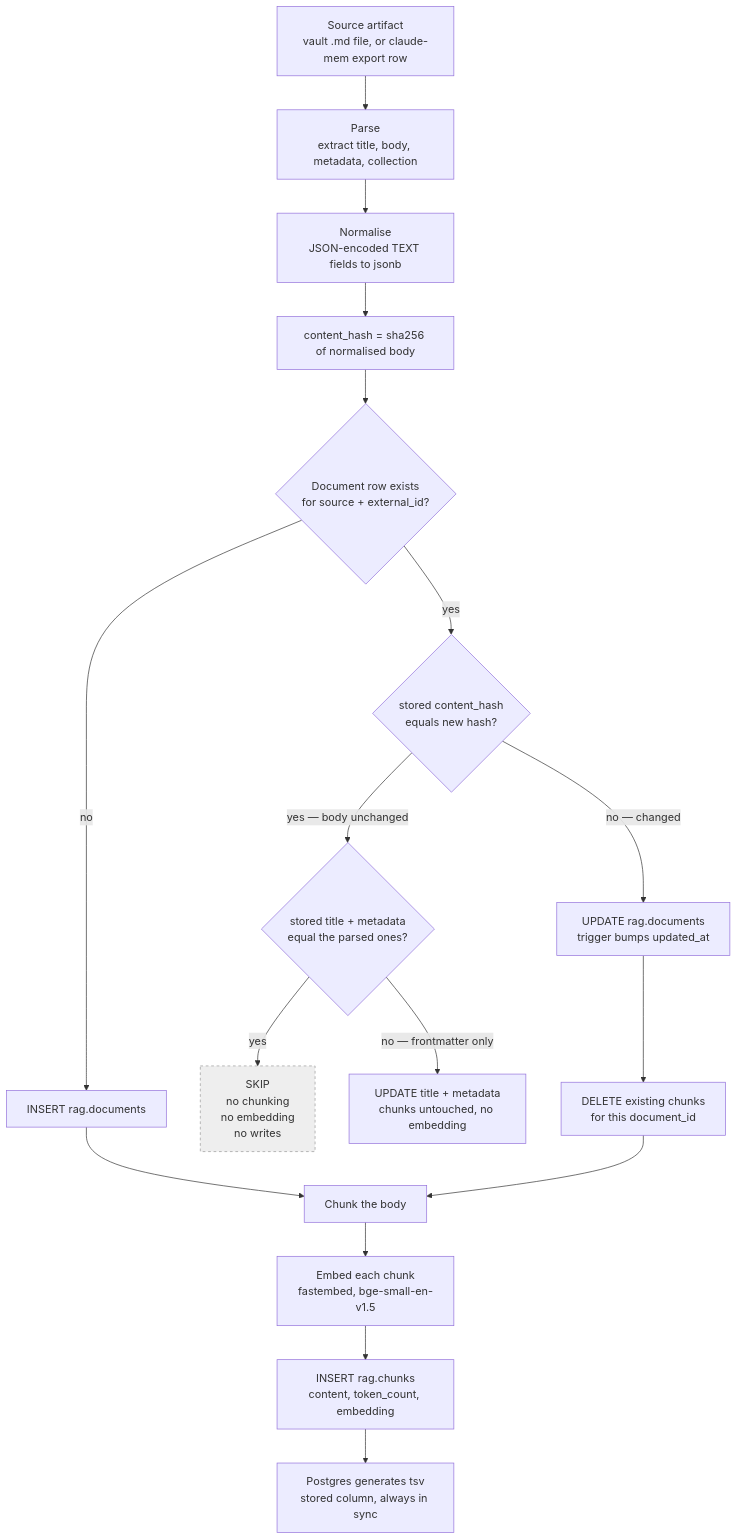
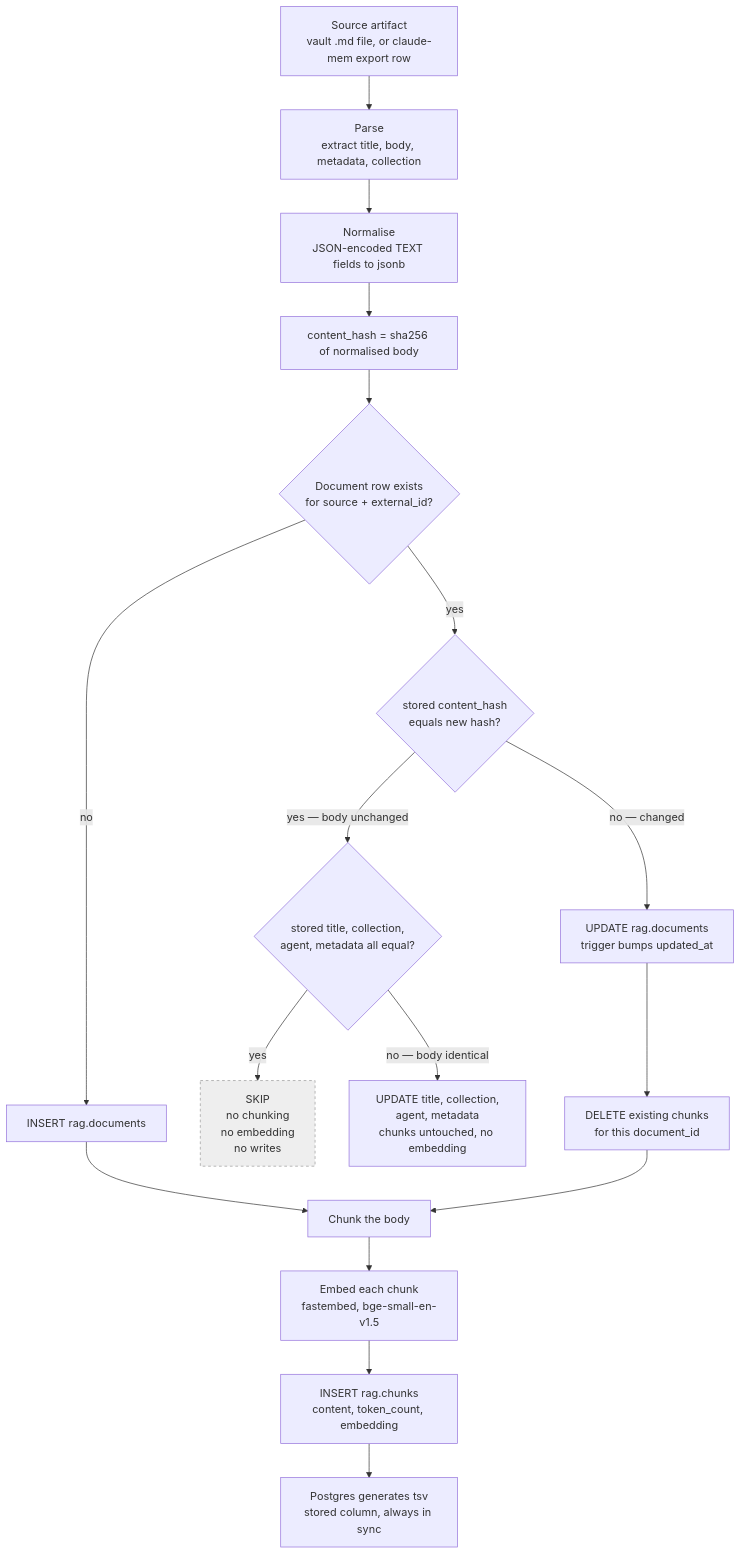
The diagram in docs/ingestion.md (emstacho-su/agentic-harness), drawn with Mermaid before and after one commit. The commit also changed other lines of this file and 11 other files, not shown here.

First line of the commit message:
fix(ingest): the metadata path rewrites collection too, and fails loudly

````diff
--- a/docs/ingestion.md
+++ b/docs/ingestion.md
@@ -25,27 +25,27 @@
 ```mermaid
 flowchart TD
     A["Source artifact<br/>vault .md file, or claude-mem export row"] --> B["Parse<br/>extract title, body, metadata, collection"]
     B --> C["Normalise<br/>JSON-encoded TEXT fields to jsonb"]
     C --> D["content_hash = sha256 of normalised body"]
     D --> E{"Document row exists<br/>for source + external_id?"}
 
     E -->|"no"| F["INSERT rag.documents"]
     E -->|"yes"| G{"stored content_hash<br/>equals new hash?"}
 
-    G -->|"yes — body unchanged"| P{"stored title + metadata<br/>equal the parsed ones?"}
+    G -->|"yes — body unchanged"| P{"stored title, collection,<br/>agent, metadata all equal?"}
     G -->|"no — changed"| I["UPDATE rag.documents<br/>trigger bumps updated_at"]
 
     P -->|"yes"| H["SKIP<br/>no chunking<br/>no embedding<br/>no writes"]
-    P -->|"no — frontmatter only"| Q["UPDATE title + metadata<br/>chunks untouched, no embedding"]
+    P -->|"no — body identical"| Q["UPDATE title, collection,<br/>agent, metadata<br/>chunks untouched, no embedding"]
 
     F --> J["Chunk the body"]
     I --> K["DELETE existing chunks<br/>for this document_id"]
     K --> J
 
     J --> L["Embed each chunk<br/>fastembed, bge-small-en-v1.5"]
     L --> M["INSERT rag.chunks<br/>content, token_count, embedding"]
     M --> N["Postgres generates tsv<br/>stored column, always in sync"]
 
     classDef skip fill:#eee,stroke:#999,stroke-dasharray: 4 4
     class H skip
 ```
````
